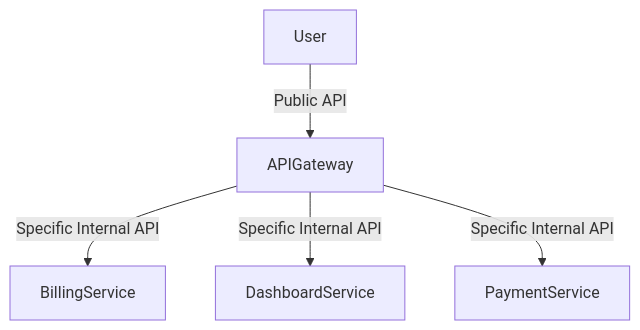
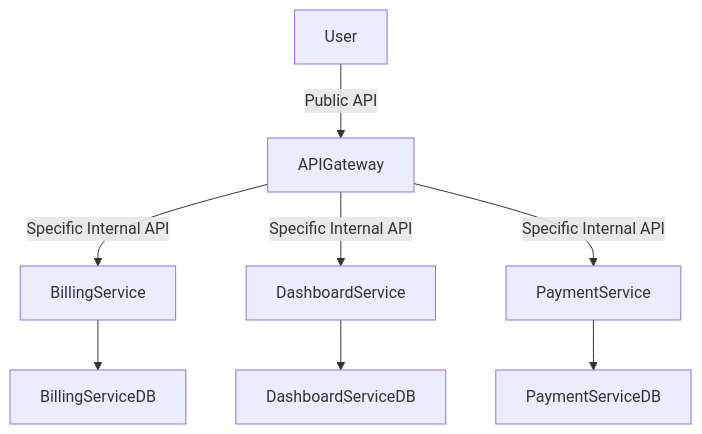
The diagram in 004_choosing_api_tech.md (nicobao/personal-notebook), drawn with Mermaid before and after one commit.

Commit message:
feat: improving 004_choosing_api_tech

````diff
--- a/004_choosing_api_tech.md
+++ b/004_choosing_api_tech.md
@@ -63,7 +63,10 @@
 ```mermaid
 graph TD
 	User-->|Public API|APIGateway
 	APIGateway-->|Specific Internal API|BillingService
+	BillingService-->BillingServiceDB
 	APIGateway-->|Specific Internal API|DashboardService
+	DashboardService-->DashboardServiceDB
 	APIGateway-->|Specific Internal API|PaymentService
+	PaymentService-->PaymentServiceDB
 ```
````
